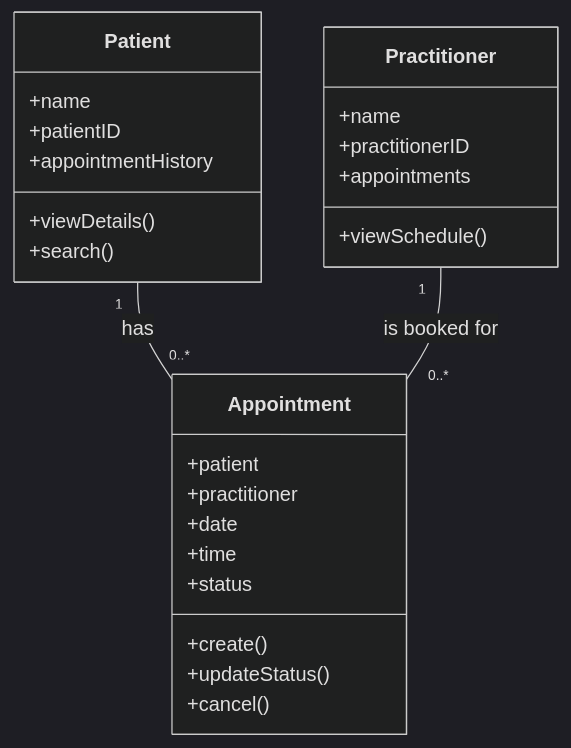
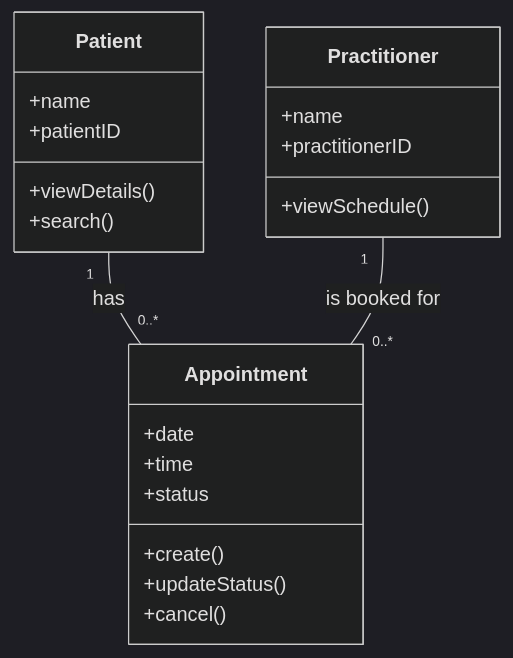
Before and after one commit to u3321194/st1-assignment-2: the diagram in week6/stage03/domain_model.md, drawn with Mermaid (dark theme). The commit also changed other lines of this file and 1 other file, not shown here.

Commit message:
Add Week 6 tutorial activities; align UML with Part F decisions

````diff
--- a/week6/stage03/domain_model.md
+++ b/week6/stage03/domain_model.md
@@ -45,31 +45,27 @@
 ```mermaid
 classDiagram
     class Patient {
         +name
         +patientID
-        +appointmentHistory
         +viewDetails()
         +search()
     }
 
     class Practitioner {
         +name
         +practitionerID
-        +appointments
         +viewSchedule()
     }
 
     class Appointment {
-        +patient
-        +practitioner
         +date
         +time
         +status
         +create()
         +updateStatus()
         +cancel()
     }
 
     Patient "1" -- "0..*" Appointment : has
     Practitioner "1" -- "0..*" Appointment : is booked for
 ```
````
